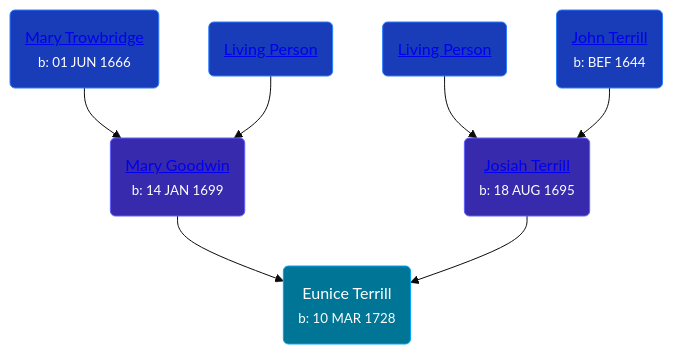
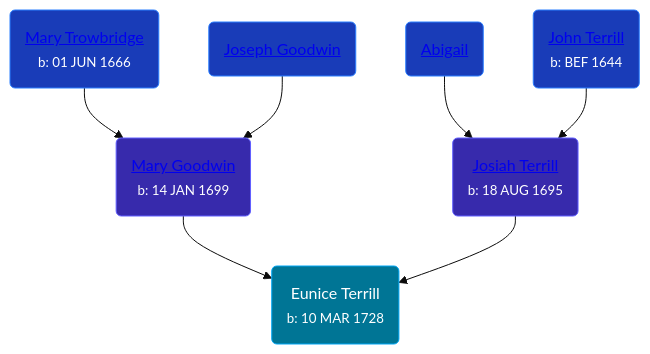
Before and after one commit to wpmgotkh/wpmgotkh.github.io: the diagram in pages/people/7/78054136.md, drawn with Mermaid (base theme). The commit also changed 586 other files, not shown here.

Commit message:
feat: better shouldConsiderPersonLiving algo

````diff
--- a/pages/people/7/78054136.md
+++ b/pages/people/7/78054136.md
@@ -10,13 +10,13 @@
 ```mermaid
 graph
 classDef grands fill:#193cb8,stroke:#2b7fff,stroke-width:1px,color:#fff;
 classDef parents fill:#372aac,stroke:#615fff,stroke-width:1px,color:#fff;
 classDef primary fill:#007595,stroke:#00a6f4,stroke-width:1px,color:#fff;
 78054136(Eunice Terrill<br /><small>b: 10 MAR 1728</small>):::primary
 49404198(<a class="text-white" href="/people/4/49404198">Mary Goodwin</a><br /><small>b: 14 JAN 1699</small>):::parents-->78054136
 42640832(<a class="text-white" href="/people/4/42640832">Mary Trowbridge</a><br /><small>b: 01 JUN 1666</small>):::grands-->49404198
-39421908(<a class="text-white" href="/people/3/39421908">Living Person</a>):::grands-->49404198
+39421908(<a class="text-white" href="/people/3/39421908">Joseph Goodwin</a>):::grands-->49404198
 80183041(<a class="text-white" href="/people/8/80183041">Josiah Terrill</a><br /><small>b: 18 AUG 1695</small>):::parents-->78054136
-48582652(<a class="text-white" href="/people/4/48582652">Living Person</a>):::grands-->80183041
+48582652(<a class="text-white" href="/people/4/48582652">Abigail </a>):::grands-->80183041
 65221157(<a class="text-white" href="/people/6/65221157">John Terrill</a><br /><small>b: BEF 1644</small>):::grands-->80183041
 ```
````
